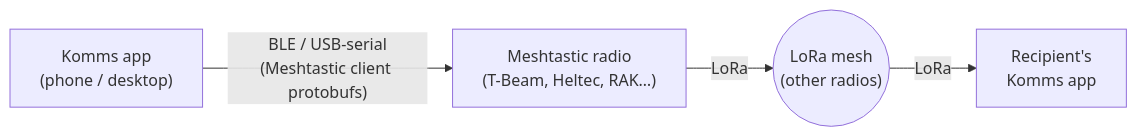
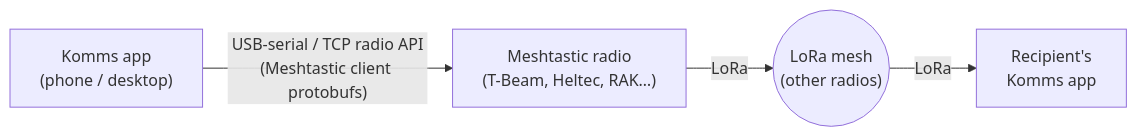
One commit to AndriGitDev/Komms changed the diagram in docs/05-transports.md. Above: the diagram before and after it, drawn with Mermaid. The commit also changed other lines of this file and 15 other files, not shown here.

````diff
--- a/docs/05-transports.md
+++ b/docs/05-transports.md
@@ -98,9 +99,9 @@
 ```mermaid
 flowchart LR
     App["Komms app<br/>(phone / desktop)"]
     Radio["Meshtastic radio<br/>(T-Beam, Heltec, RAK…)"]
     Mesh(("LoRa mesh<br/>(other radios)"))
     Peer["Recipient's<br/>Komms app"]
-    App -- "BLE / USB-serial<br/>(Meshtastic client protobufs)" --> Radio
+    App -- "USB-serial / TCP radio API<br/>(Meshtastic client protobufs)" --> Radio
     Radio -- "LoRa" --> Mesh -- "LoRa" --> Peer
 ```
````
